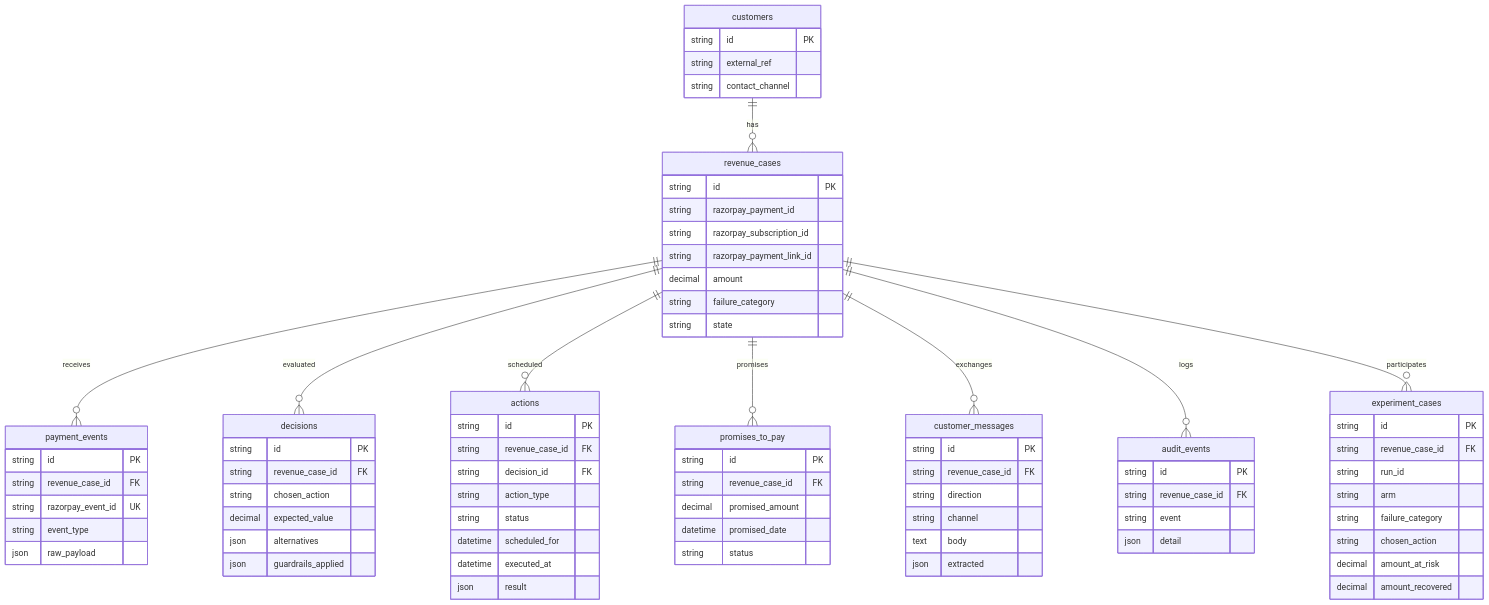
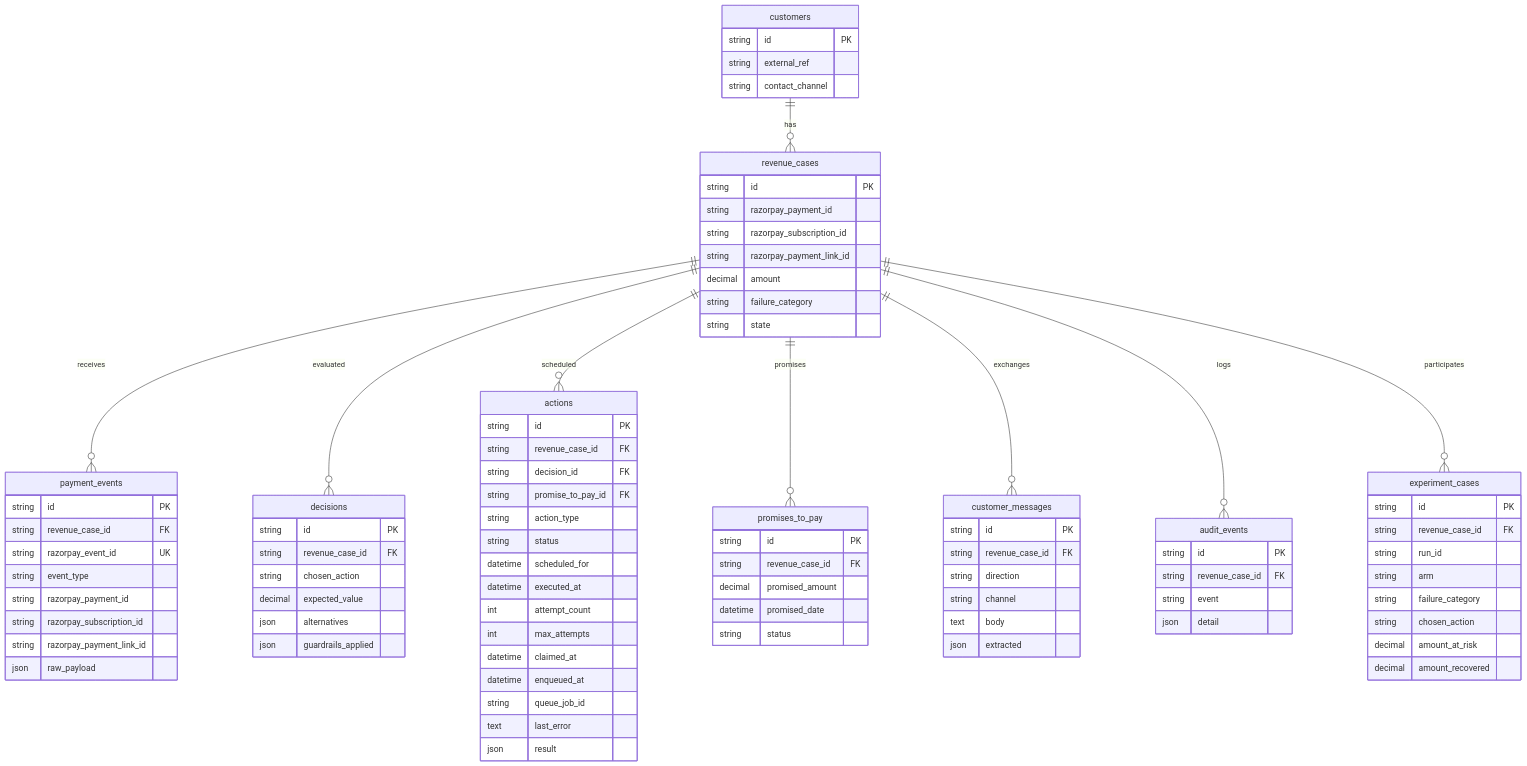
Before and after one commit to arulx06/Recovery_OS: the fourth of 4 diagrams in ARCHITECTURE.md, drawn with Mermaid. The commit also changed other lines of this file and 33 other files, not shown here.

```diff
--- a/ARCHITECTURE.md
+++ b/ARCHITECTURE.md
@@ -200,6 +210,9 @@
         string revenue_case_id FK
         string razorpay_event_id UK
         string event_type
+        string razorpay_payment_id
+        string razorpay_subscription_id
+        string razorpay_payment_link_id
         json raw_payload
     }
     decisions {
@@ -214,10 +227,17 @@
         string id PK
         string revenue_case_id FK
         string decision_id FK
+        string promise_to_pay_id FK
         string action_type
         string status
         datetime scheduled_for
         datetime executed_at
+        int attempt_count
+        int max_attempts
+        datetime claimed_at
+        datetime enqueued_at
+        string queue_job_id
+        text last_error
         json result
     }
     promises_to_pay {
```
